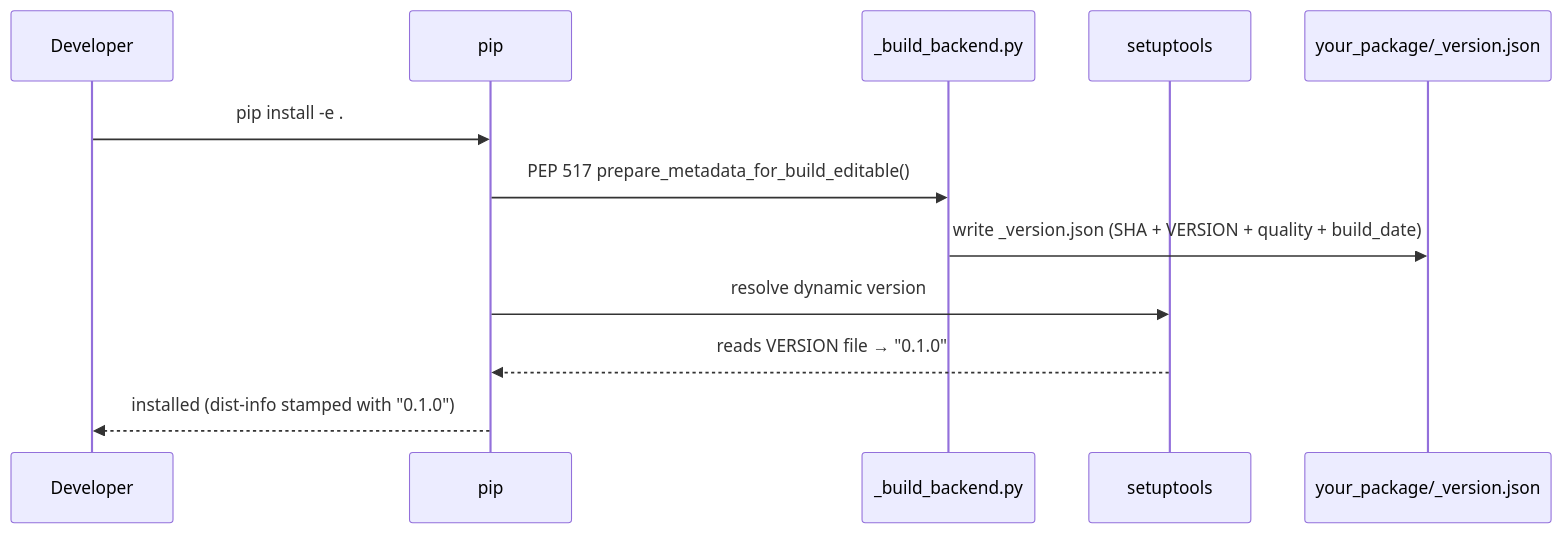
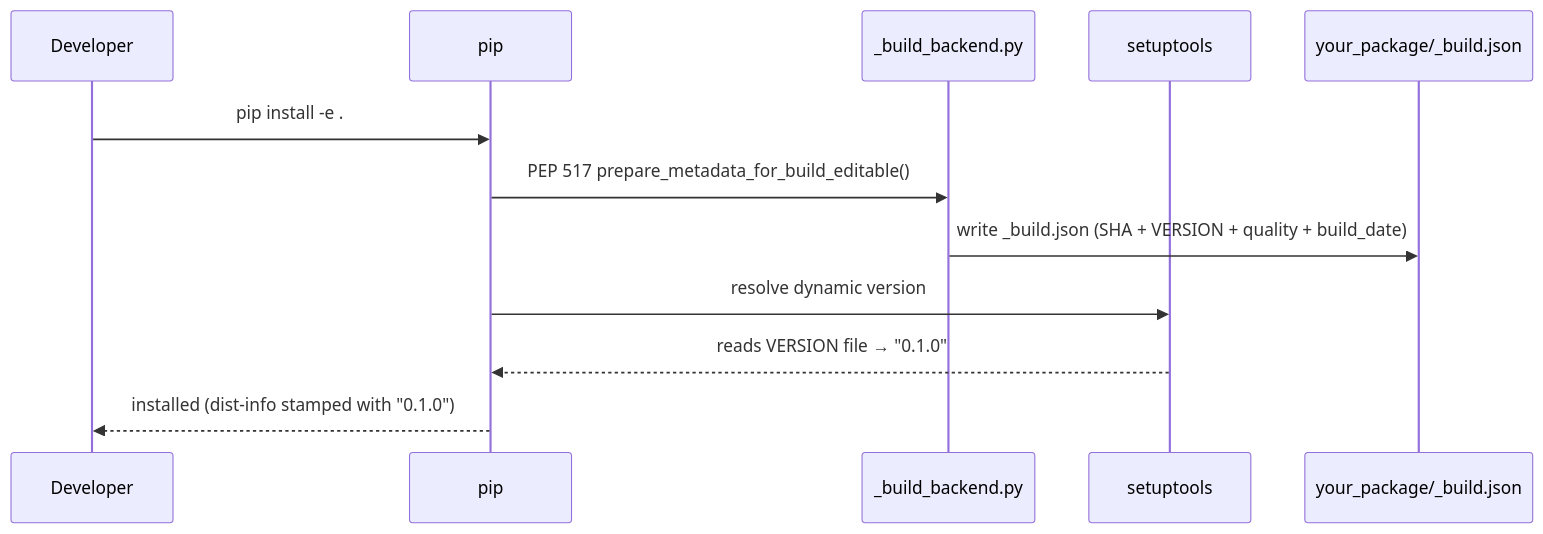
Before and after one commit to basvandriel/buildstamp: the first of 3 diagrams in VERSIONING.md, drawn with Mermaid. The commit also changed other lines of this file and 8 other files, not shown here.

````diff
--- a/VERSIONING.md
+++ b/VERSIONING.md
@@ -145,15 +145,15 @@
 ```mermaid
 sequenceDiagram
     participant dev as Developer
     participant pip as pip
     participant be  as _build_backend.py
     participant setup as setuptools
-    participant disk as your_package/_version.json
+    participant disk as your_package/_build.json
 
     dev->>pip: pip install -e .
     pip->>be: PEP 517 prepare_metadata_for_build_editable()
-    be->>disk: write _version.json (SHA + VERSION + quality + build_date)
+    be->>disk: write _build.json (SHA + VERSION + quality + build_date)
     pip->>setup: resolve dynamic version
     setup-->>pip: reads VERSION file → "0.1.0"
     pip-->>dev: installed (dist-info stamped with "0.1.0")
 ```
````
